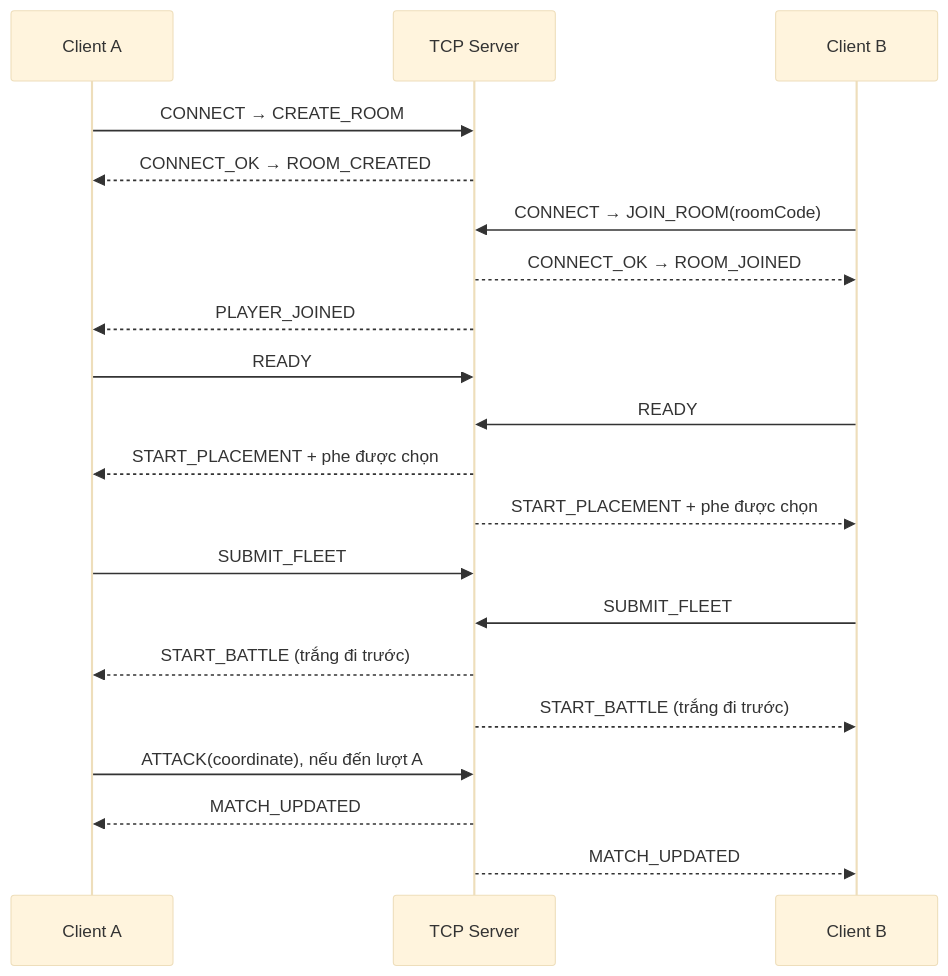
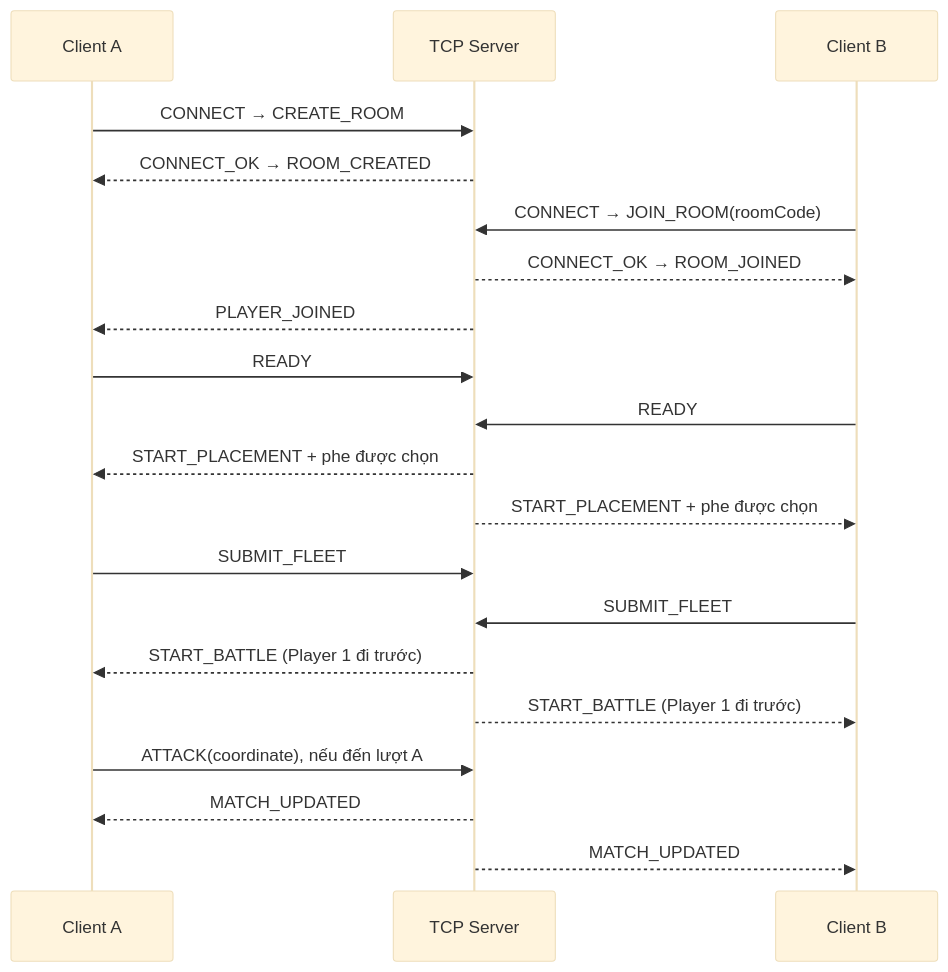
Before and after one commit to duongthang2710/battleship_LTM: the diagram in README.md, drawn with Mermaid (base theme). The commit also changed other lines of this file and 6 other files, not shown here.

Commit message:
Refactor game logic to allow Player 1 to start independently of faction color; update error handling for fleet submissions and improve match snapshot logic.

````diff
--- a/README.md
+++ b/README.md
@@ -64,22 +64,22 @@
 ```mermaid
 sequenceDiagram
     participant A as Client A
     participant S as TCP Server
     participant B as Client B
     A->>S: CONNECT → CREATE_ROOM
     S-->>A: CONNECT_OK → ROOM_CREATED
     B->>S: CONNECT → JOIN_ROOM(roomCode)
     S-->>B: CONNECT_OK → ROOM_JOINED
     S-->>A: PLAYER_JOINED
     A->>S: READY
     B->>S: READY
     S-->>A: START_PLACEMENT + phe được chọn
     S-->>B: START_PLACEMENT + phe được chọn
     A->>S: SUBMIT_FLEET
     B->>S: SUBMIT_FLEET
-    S-->>A: START_BATTLE (trắng đi trước)
-    S-->>B: START_BATTLE (trắng đi trước)
+    S-->>A: START_BATTLE (Player 1 đi trước)
+    S-->>B: START_BATTLE (Player 1 đi trước)
     A->>S: ATTACK(coordinate), nếu đến lượt A
     S-->>A: MATCH_UPDATED
     S-->>B: MATCH_UPDATED
 ```
````
